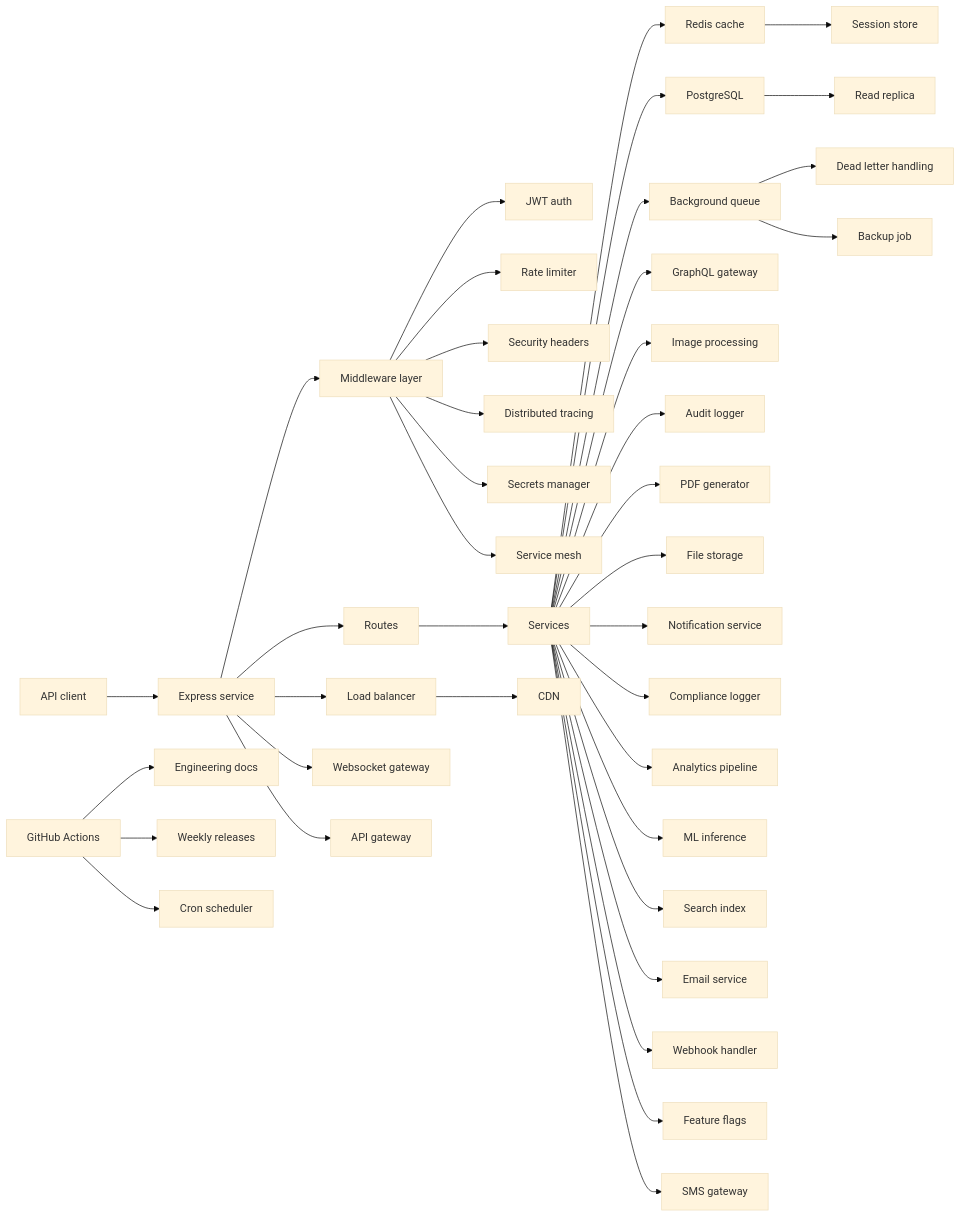
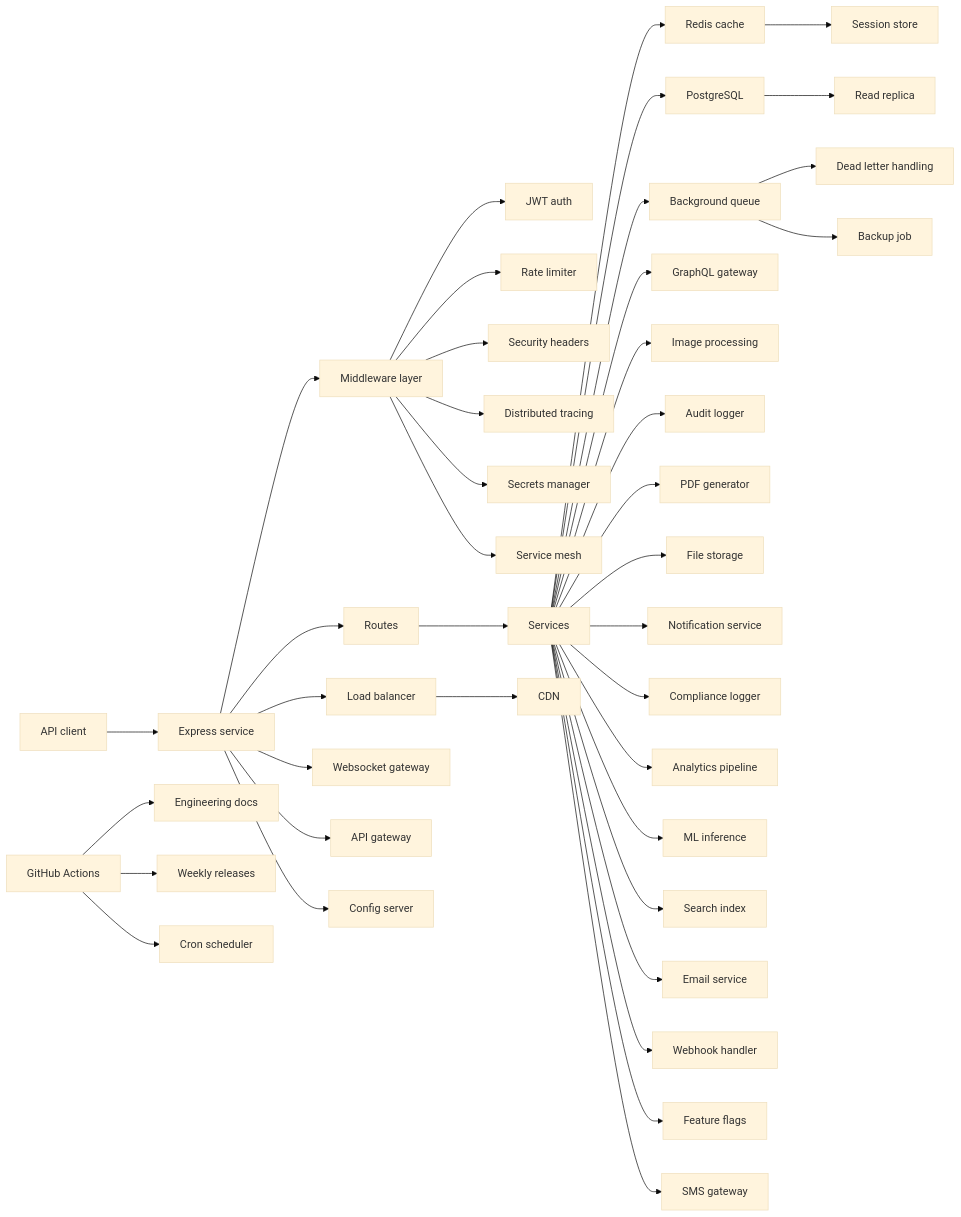
One commit to P-r-e-m-i-u-m/Aridon changed the diagram in README.md. Above: the diagram before and after it, drawn with Mermaid (base theme).

Commit message:
docs: grow system snapshot diagram 2026-07-31

````diff
--- a/README.md
+++ b/README.md
@@ -24,41 +24,42 @@
 ```mermaid
 flowchart LR
   Client["API client"] --> Express["Express service"]
   Express --> Middleware["Middleware layer"]
   Middleware --> Auth["JWT auth"]
   Middleware --> RateLimit["Rate limiter"]
   Middleware --> Security["Security headers"]
   Express --> Routes["Routes"]
   Routes --> Services["Services"]
   Services --> Redis["Redis cache"]
   Services --> Postgres["PostgreSQL"]
   Services --> Queue["Background queue"]
   Queue --> DLQ["Dead letter handling"]
   Actions["GitHub Actions"] --> Docs["Engineering docs"]
   Actions --> Releases["Weekly releases"]
   Services --> GraphqlGW["GraphQL gateway"]
   Services --> ImageProcessing["Image processing"]
   Middleware --> Tracing["Distributed tracing"]
   Actions --> CronScheduler["Cron scheduler"]
   Services --> AuditLog["Audit logger"]
   Services --> PdfGenerator["PDF generator"]
   Postgres --> ReadReplica["Read replica"]
   Services --> FileStorage["File storage"]
   Services --> Notifications["Notification service"]
   LoadBalancer --> CDN["CDN"]
   Services --> ComplianceLog["Compliance logger"]
   Middleware --> SecretsManager["Secrets manager"]
   Services --> Analytics["Analytics pipeline"]
   Services --> MLInference["ML inference"]
   Services --> SearchIndex["Search index"]
   Queue --> BackupJob["Backup job"]
   Services --> EmailService["Email service"]
   Services --> WebhookHandler["Webhook handler"]
   Middleware --> ServiceMesh["Service mesh"]
   Services --> FeatureFlags["Feature flags"]
   Express --> LoadBalancer["Load balancer"]
   Redis --> SessionStore["Session store"]
   Services --> SmsGateway["SMS gateway"]
   Express --> WebsocketGW["Websocket gateway"]
   Express --> Gateway["API gateway"]
+  Express --> ConfigServer["Config server"]
 ```
````
